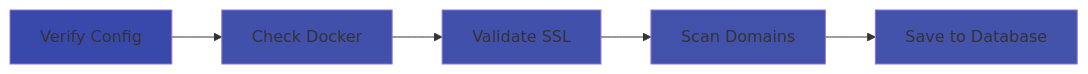
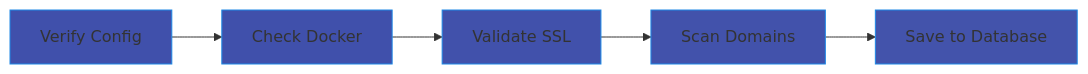
One commit to Amp-Manager/docs changed the first of 2 diagrams in for-users.md. Above: the diagram before and after it, drawn with Mermaid. The commit also changed other lines of this file and 5 other files, not shown here.

````diff
--- a/for-users.md
+++ b/for-users.md
@@ -67,13 +83,13 @@
 ```mermaid
 flowchart LR
     A[Verify Config] --> B[Check Docker]
     B --> C[Validate SSL]
     C --> D[Scan Domains]
     D --> E[Save to Database]
     
-    style A fill:#3949ab
-    style B fill:#4050ab
-    style C fill:#4151ab
-    style D fill:#4252ab
-    style E fill:#4353ab
+    style A fill:#4050ab, stroke:#1e88e5
+    style B fill:#4050ab, stroke:#1e88e5
+    style C fill:#4151ab, stroke:#1e88e5
+    style D fill:#4252ab, stroke:#1e88e5
+    style E fill:#4353ab, stroke:#1e88e5
 ```
````
